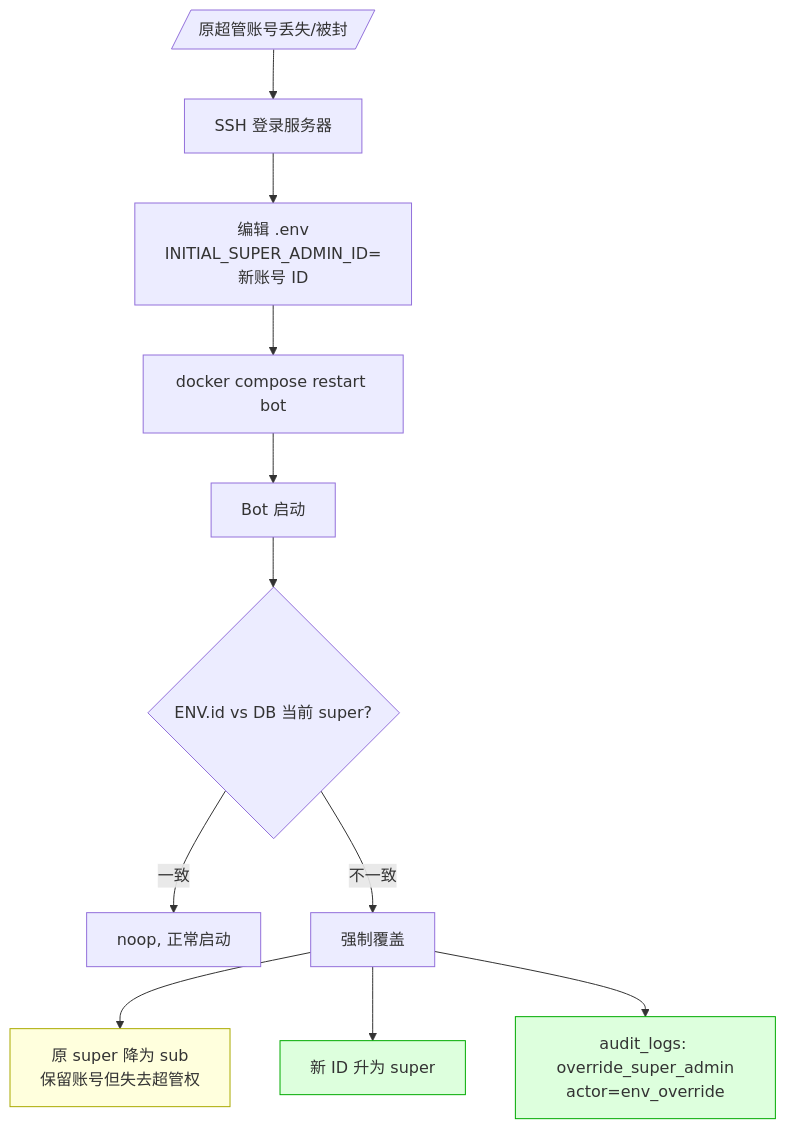
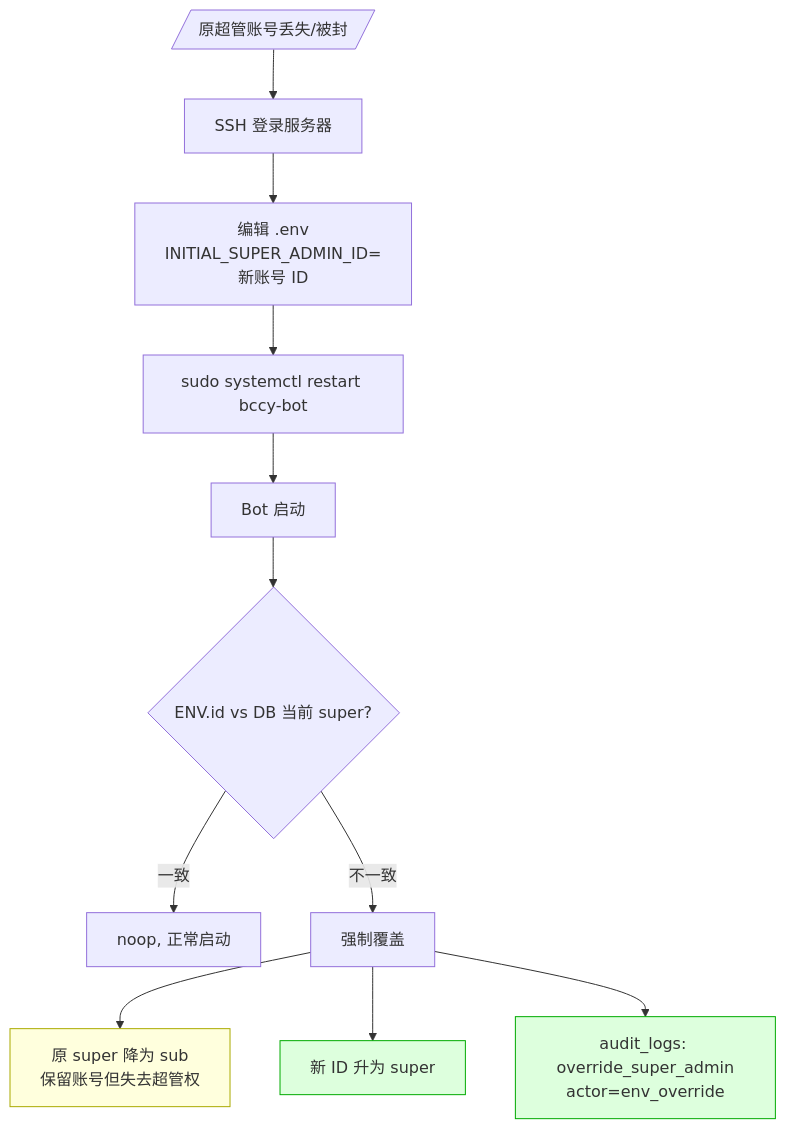
Diagram 21 of 22 in OPERATIONS.md (ARi1059/BC-CY-Bot), drawn with Mermaid before and after one commit. The commit also changed 9 other files, not shown here.

````diff
--- a/OPERATIONS.md
+++ b/OPERATIONS.md
@@ -891,18 +891,18 @@
 ```mermaid
 flowchart TD
   Lost[/原超管账号丢失/被封/] --> SSH[SSH 登录服务器]
   SSH --> EditEnv[编辑 .env<br/>INITIAL_SUPER_ADMIN_ID=新账号 ID]
-  EditEnv --> Restart[docker compose restart bot]
+  EditEnv --> Restart[sudo systemctl restart bccy-bot]
   Restart --> Boot[Bot 启动]
   Boot --> Check{ENV.id vs DB 当前 super?}
   Check -->|一致| Noop[noop, 正常启动]
   Check -->|不一致| Override[强制覆盖]
   Override --> Downgrade[原 super 降为 sub<br/>保留账号但失去超管权]
   Override --> Promote[新 ID 升为 super]
   Override --> Audit["audit_logs: override_super_admin<br/>actor=env_override"]
 
   classDef ok fill:#dfd,stroke:#0a0
   classDef warn fill:#ffd,stroke:#aa0
   class Promote,Audit ok
   class Downgrade warn
 ```
````
